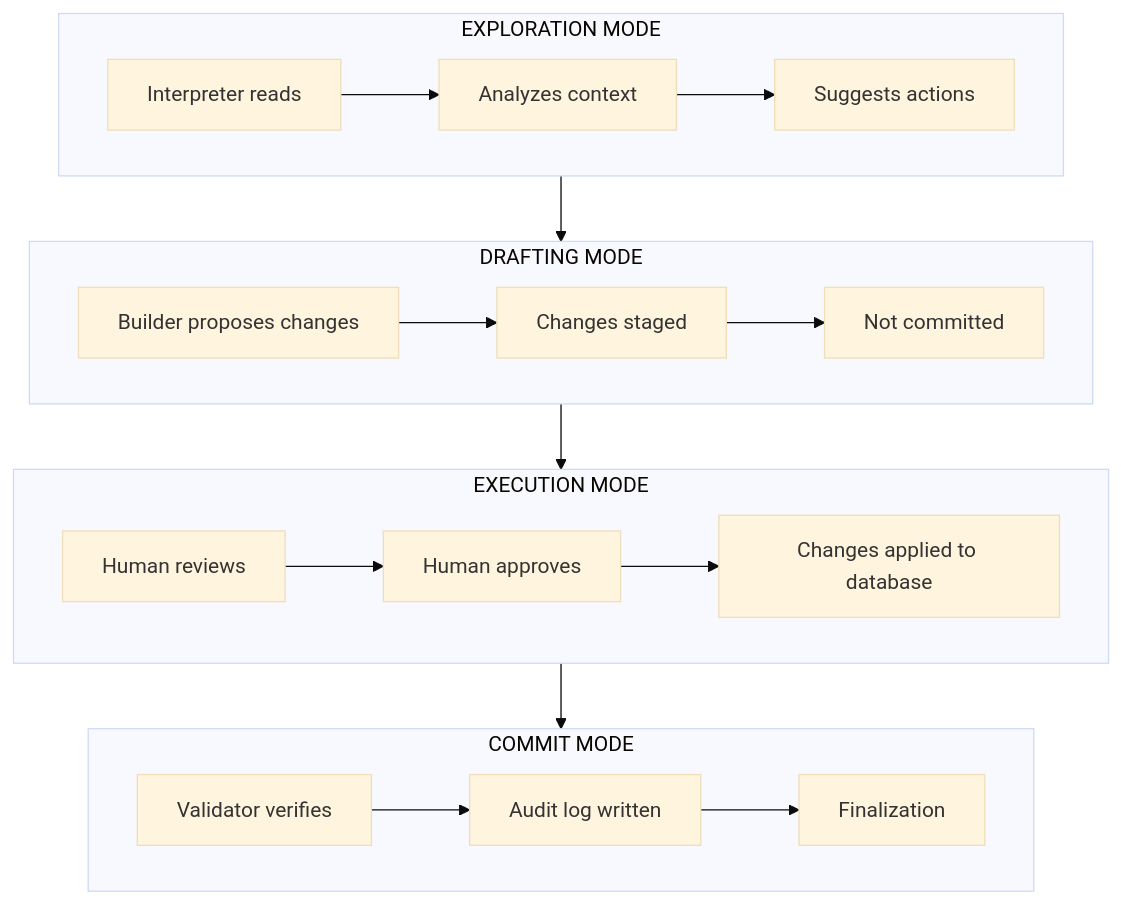
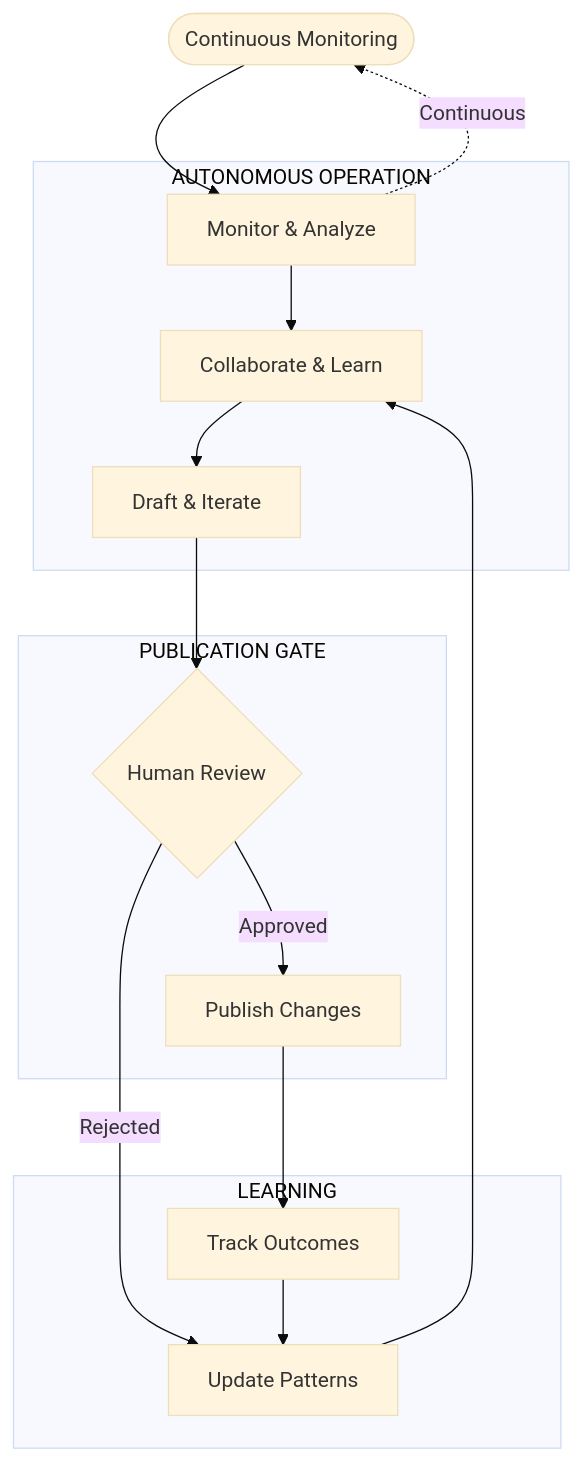
One commit to Lizo-RoadTown/Portfolio changed the second of 6 diagrams in pages/architecture.md. Above: the diagram before and after it, drawn with Mermaid (base theme). The commit also changed other lines of this file and 8 other files, not shown here.

````diff
--- a/pages/architecture.md
+++ b/pages/architecture.md
@@ -120,34 +120,28 @@
 ```mermaid
-graph TB
-    subgraph EXPLORE["EXPLORATION MODE"]
-        E1[Interpreter reads]
-        E2[Analyzes context]
-        E3[Suggests actions]
-        E1 --> E2 --> E3
+flowchart TB
+    START([Continuous Monitoring])
+
+    subgraph AUTO["AUTONOMOUS OPERATION"]
+        A1[Monitor & Analyze]
+        A2[Collaborate & Learn]
+        A3[Draft & Iterate]
     end
-    
-    subgraph DRAFT["DRAFTING MODE"]
-        D1[Builder proposes changes]
-        D2[Changes staged]
-        D3[Not committed]
-        D1 --> D2 --> D3
+
+    subgraph APPROVAL["PUBLICATION GATE"]
+        H1{Human Review}
+        H2[Publish Changes]
     end
-    
-    subgraph EXECUTE["EXECUTION MODE"]
-        X1[Human reviews]
-        X2[Human approves]
-        X3[Changes applied to database]
-        X1 --> X2 --> X3
+
+    subgraph FEEDBACK["LEARNING"]
+        F1[Track Outcomes]
+        F2[Update Patterns]
     end
-    
-    subgraph COMMIT["COMMIT MODE"]
-        C1[Validator verifies]
-        C2[Audit log written]
-        C3[Finalization]
-        C1 --> C2 --> C3
-    end
-    
-    EXPLORE --> DRAFT
-    DRAFT --> EXECUTE
-    EXECUTE --> COMMIT
+
+    START --> A1 --> A2 --> A3
+    A3 --> H1
+    H1 -->|Approved| H2
+    H1 -->|Rejected| F2
+    H2 --> F1 --> F2
+    F2 --> A2
+    A1 -.->|Continuous| START
 ```
````
